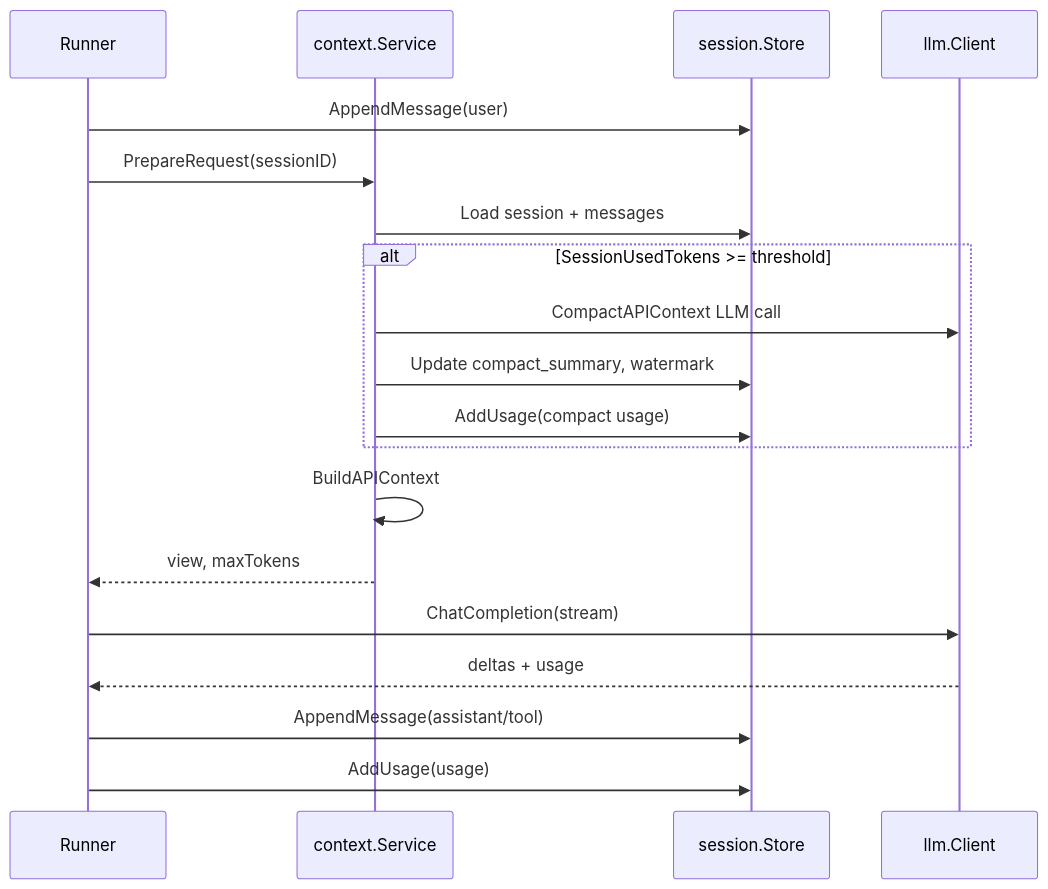
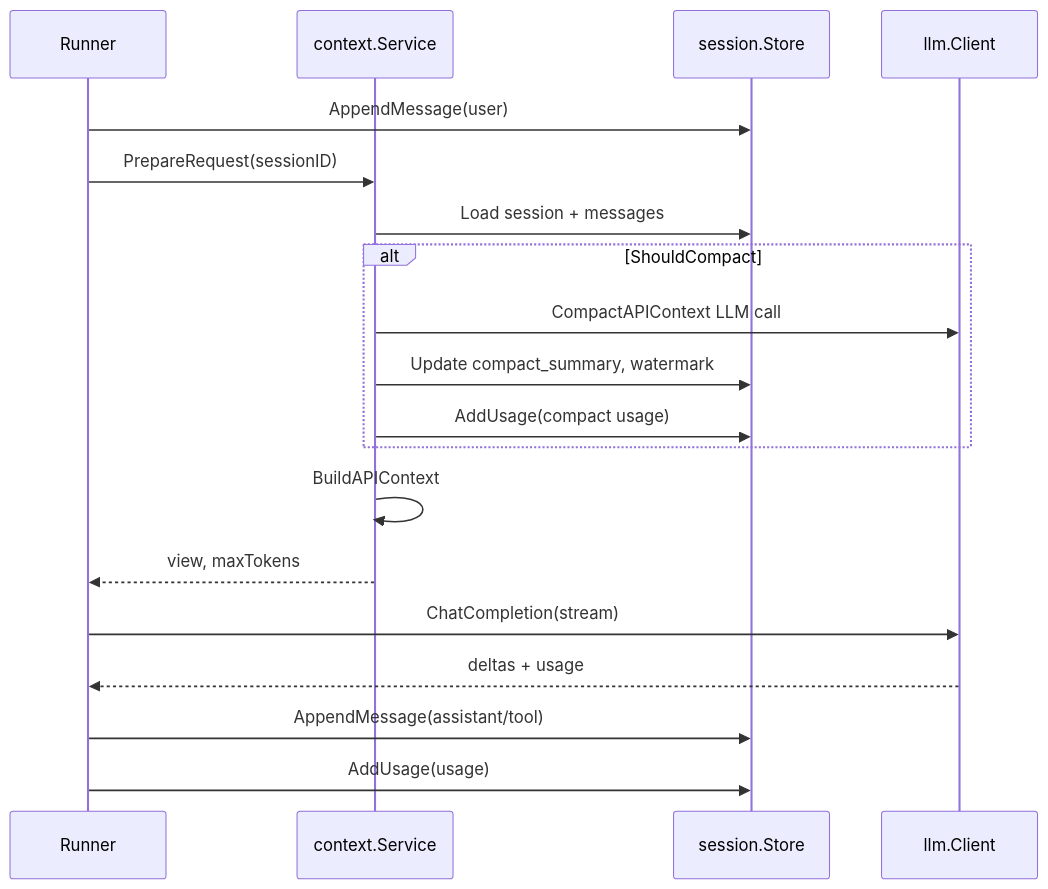
The second of 3 diagrams in docs/DESIGN.md (wzhejunqiu/ds-code), drawn with Mermaid before and after one commit. The commit also changed other lines of this file and 19 other files, not shown here.

````diff
--- a/docs/DESIGN.md
+++ b/docs/DESIGN.md
@@ -272,22 +303,22 @@
 ```mermaid
 sequenceDiagram
   participant R as Runner
   participant C as context.Service
   participant S as session.Store
   participant L as llm.Client
 
   R->>S: AppendMessage(user)
   R->>C: PrepareRequest(sessionID)
   C->>S: Load session + messages
-  alt SessionUsedTokens >= threshold
+  alt ShouldCompact
     C->>L: CompactAPIContext LLM call
     C->>S: Update compact_summary, watermark
     C->>S: AddUsage(compact usage)
   end
   C->>C: BuildAPIContext
   C-->>R: view, maxTokens
   R->>L: ChatCompletion(stream)
   L-->>R: deltas + usage
   R->>S: AppendMessage(assistant/tool)
   R->>S: AddUsage(usage)
 ```
````
